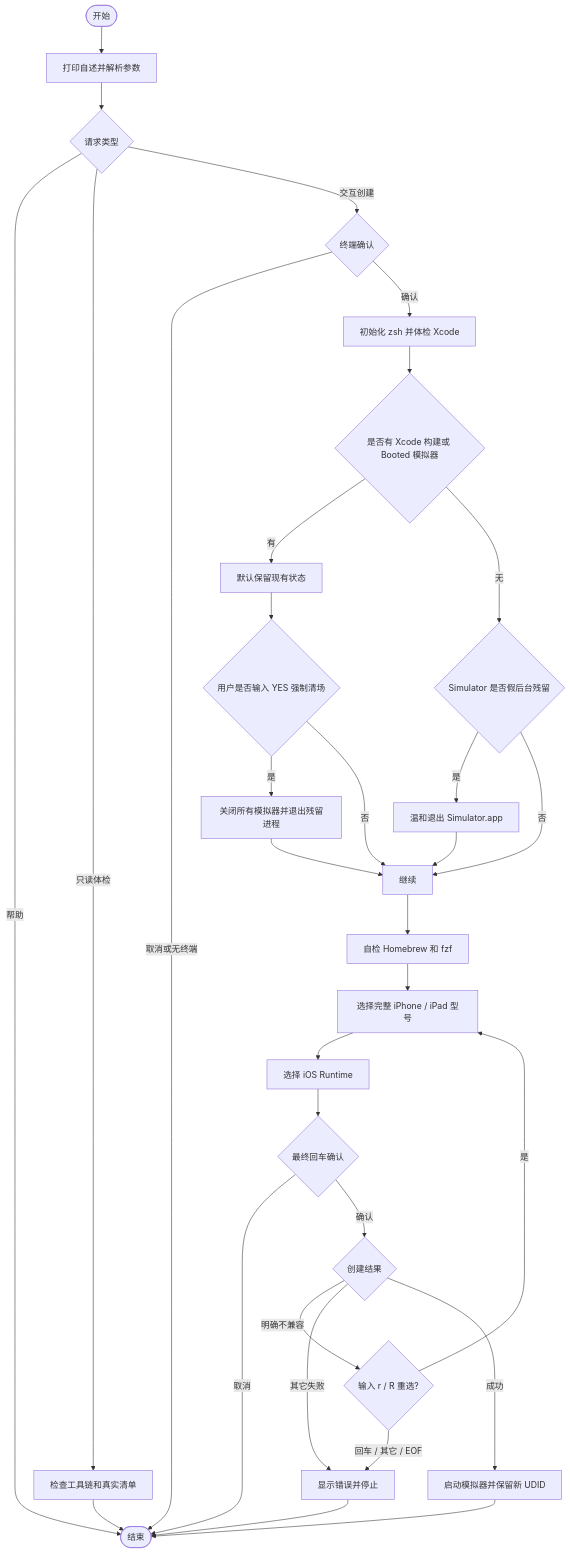
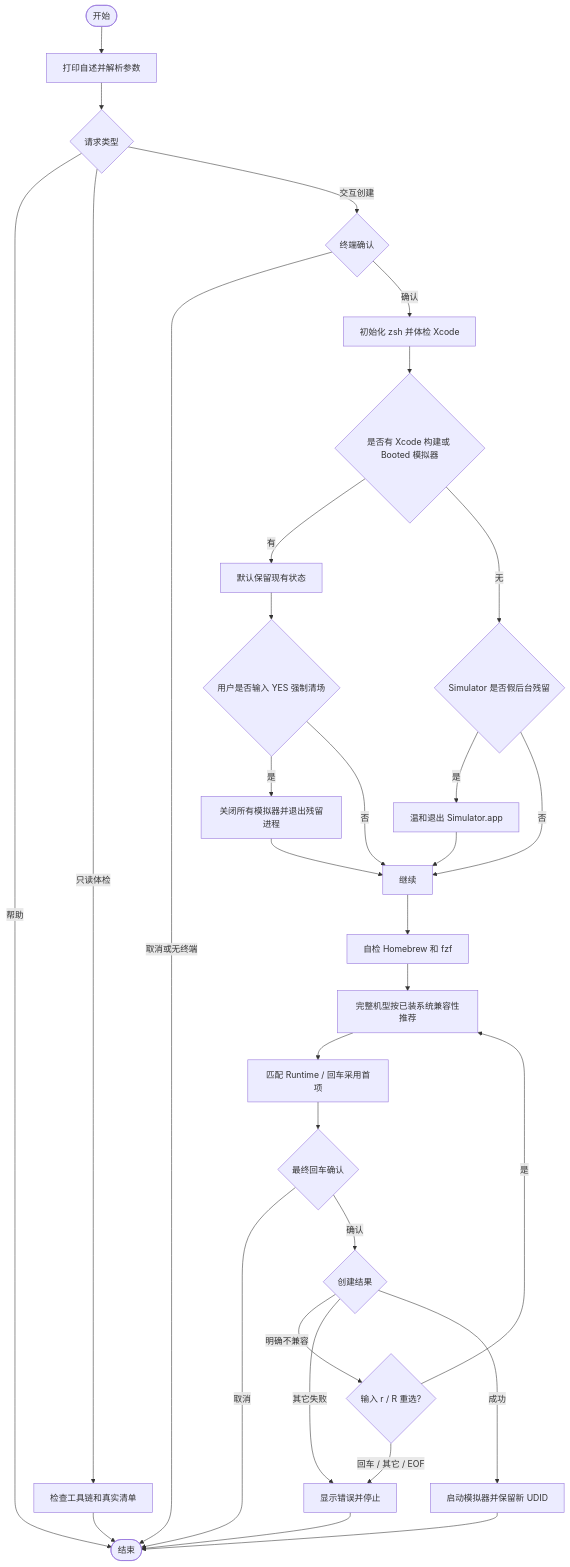
The diagram in 其他/【MacOS】📱双击初始化iOS模拟器.command/README.md (JobsKits/JobsCommand-iOS), drawn with Mermaid before and after one commit. The commit also changed other lines of this file and 1 other file, not shown here.

````diff
--- a/其他/【MacOS】📱双击初始化iOS模拟器.command/README.md
+++ b/其他/【MacOS】📱双击初始化iOS模拟器.command/README.md
@@ -135,34 +134,34 @@
 ```mermaid
 graph TD
   A([开始]) --> B[打印自述并解析参数]
   B --> U{请求类型}
   U -->|帮助| P
   U -->|只读体检| T[检查工具链和真实清单]
   T --> P
   U -->|交互创建| V{终端确认}
   V -->|取消或无终端| P
   V -->|确认| C[初始化 zsh 并体检 Xcode]
   C --> D{是否有 Xcode 构建或 Booted 模拟器}
   D -->|有| E[默认保留现有状态]
   D -->|无| F{Simulator 是否假后台残留}
   F -->|是| G[温和退出 Simulator.app]
   F -->|否| H[继续]
   E --> I{用户是否输入 YES 强制清场}
   I -->|是| J[关闭所有模拟器并退出残留进程]
   I -->|否| H
   G --> H
   J --> H
   H --> K[自检 Homebrew 和 fzf]
-  K --> L[选择完整 iPhone / iPad 型号]
-  L --> M[选择 iOS Runtime]
+  K --> L[完整机型按已装系统兼容性推荐]
+  L --> M[匹配 Runtime / 回车采用首项]
   M --> Q{最终回车确认}
   Q -->|取消| P
   Q -->|确认| N{创建结果}
   N -->|明确不兼容| W{输入 r / R 重选?}
   W -->|是| L
   W -->|回车 / 其它 / EOF| R
   N -->|其它失败| R[显示错误并停止]
   R --> P
   N -->|成功| O[启动模拟器并保留新 UDID]
   O --> P([结束])
 ```
````
